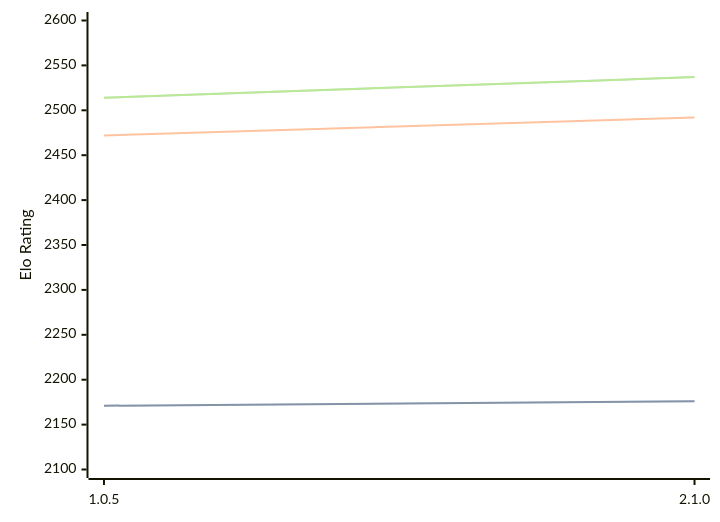
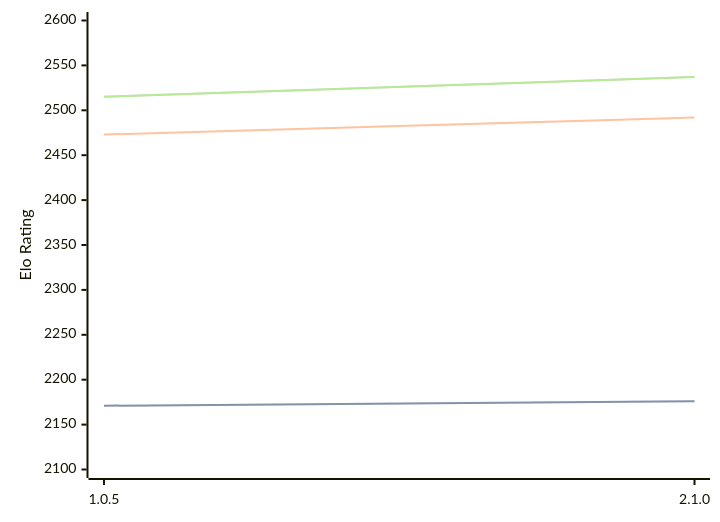
Before and after one commit to computer-chess-index/cci: the diagram in engines/Ruffian.md, drawn with Mermaid. The commit also changed other lines of this file, not shown here.

Commit message:
Update CCI Ratings (ELO VLTC) - 2026-04-05

````diff
--- a/engines/Ruffian.md
+++ b/engines/Ruffian.md
@@ -32,11 +32,11 @@
 ```mermaid
 %%{init: {"theme":"base","themeVariables":{"seriesColors:['#a3a3a3','#222221','#faa371']}}}%%
 xychart-beta
   x-axis ["1.0.5", "2.1.0"]
   y-axis "Elo Rating" 2100 --> 2600
   line "STC (8.0+0.08s)" [2171, 2176]
   line "STC (8.0+0.08s)" [2171, 2176]
-  line "LTC (60.0+0.60s)" [2472, 2492]
-  line "VLTC (2m24s+1.12s)" [2514, 2537]
-  line "VLTC (2m24s+1.12s)" [2514, 2537]
+  line "LTC (60.0+0.60s)" [2473, 2492]
+  line "VLTC (2m24s+1.12s)" [2515, 2537]
+  line "VLTC (2m24s+1.12s)" [2515, 2537]
 ```
````
